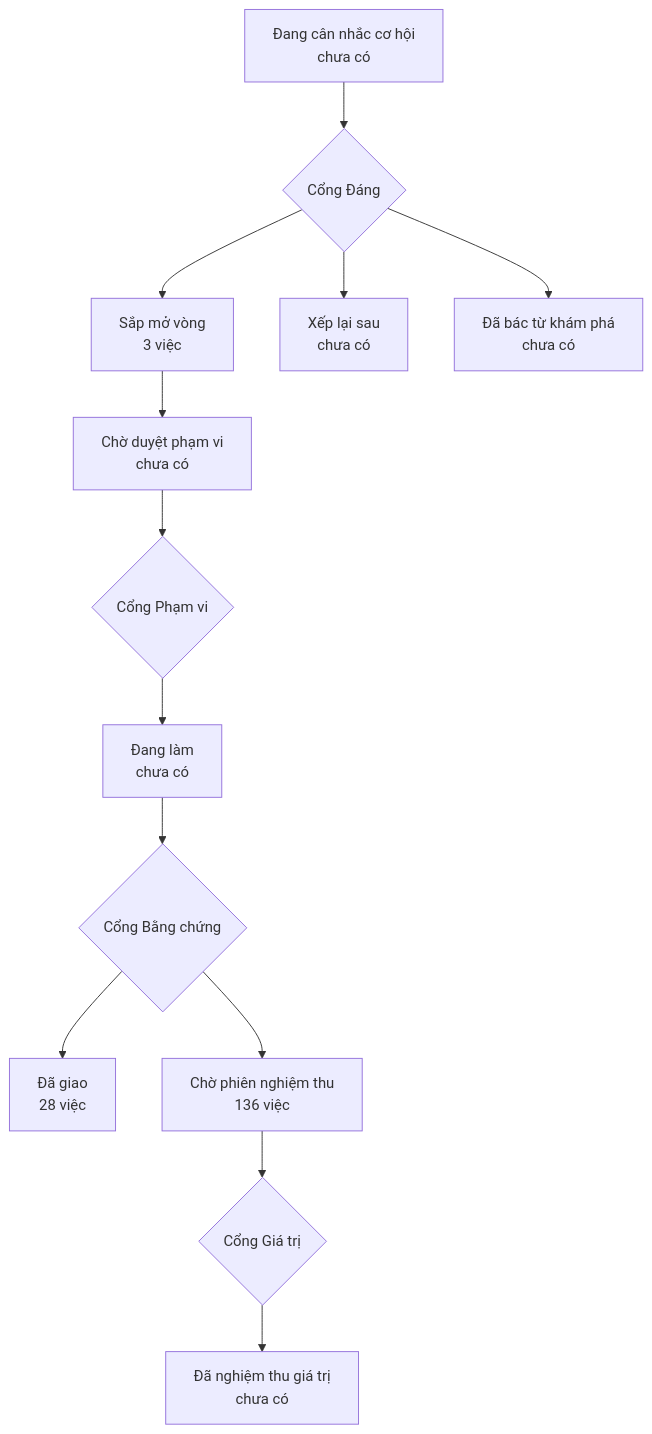
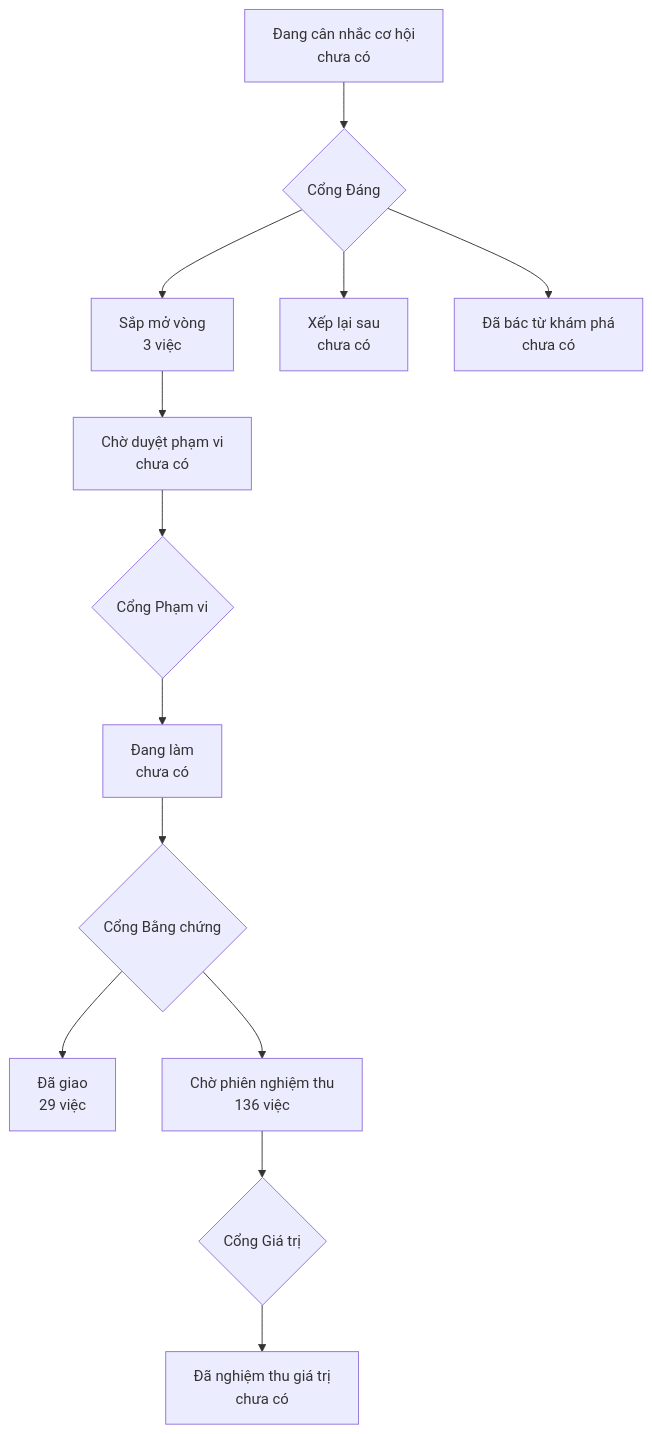
The diagram in PRODUCT-MAP.md (phanlemanh/onehub-quy-hang), drawn with Mermaid before and after one commit. The commit also changed other lines of this file and 1 other file, not shown here.

Commit message:
chore(va-bai-o-la-do-ngau-nhien): vẽ lại bản đồ sau gộp main

````diff
--- a/PRODUCT-MAP.md
+++ b/PRODUCT-MAP.md
@@ -7,12 +7,12 @@
 ```mermaid
 flowchart TD
   A["Đang cân nhắc cơ hội<br/>chưa có"] --> GD{"Cổng Đáng"}
   GD --> B["Sắp mở vòng<br/>3 việc"]
   GD --> XL["Xếp lại sau<br/>chưa có"]
   GD --> DB["Đã bác từ khám phá<br/>chưa có"]
   B --> CD["Chờ duyệt phạm vi<br/>chưa có"] --> GP{"Cổng Phạm vi"}
   GP --> DL["Đang làm<br/>chưa có"] --> GB{"Cổng Bằng chứng"}
-  GB --> DG["Đã giao<br/>28 việc"]
+  GB --> DG["Đã giao<br/>29 việc"]
   GB --> CN["Chờ phiên nghiệm thu<br/>136 việc"] --> GG{"Cổng Giá trị"}
   GG --> NT["Đã nghiệm thu giá trị<br/>chưa có"]
 ```
````
